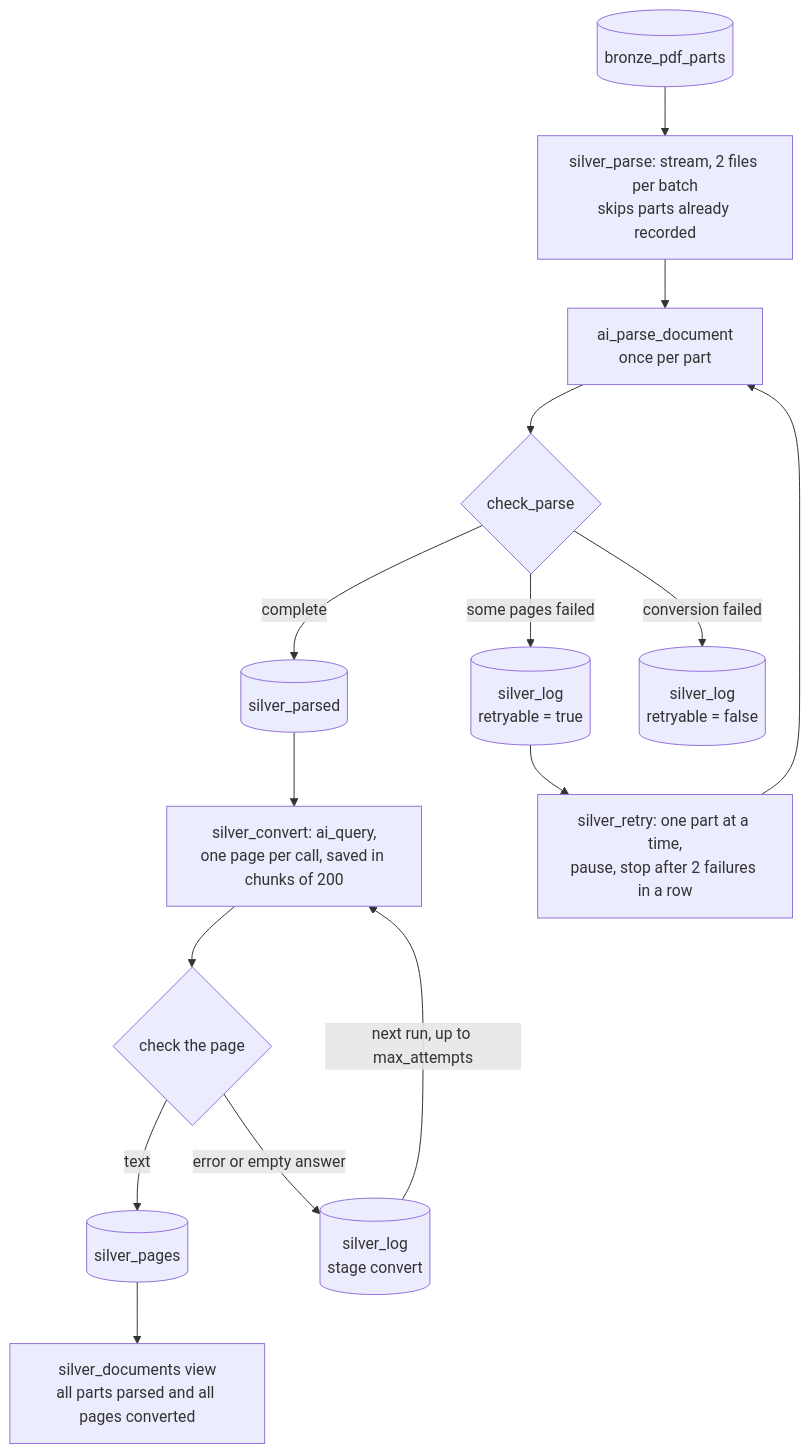
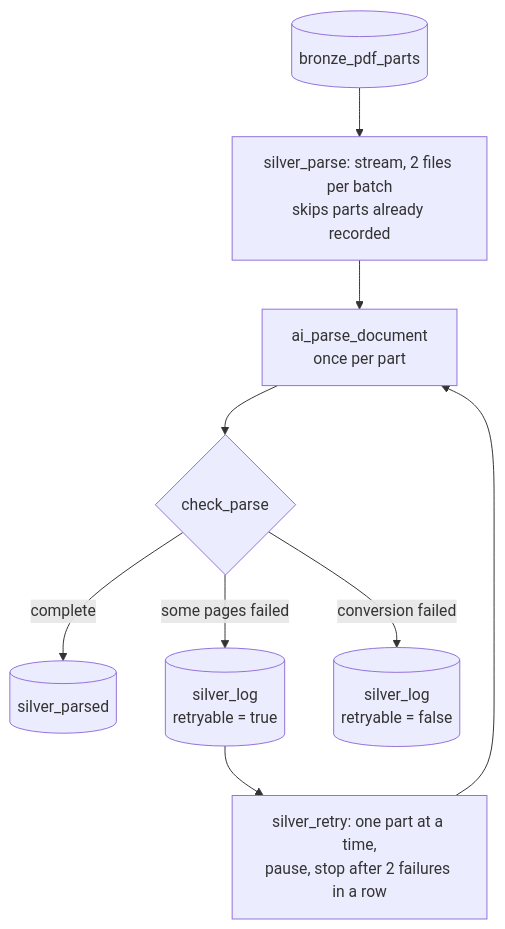
Before and after one commit to SuddhaswattaMaityUK/dbx-finance-bench-rag: the first of 2 diagrams in doc/medallion/silver/silver.md, drawn with Mermaid. The commit also changed other lines of this file and 12 other files, not shown here.

First line of the commit message:
Silver: remove the Markdown conversion (silver_convert, silver_pages, silver_documents)

````diff
--- a/doc/medallion/silver/silver.md
+++ b/doc/medallion/silver/silver.md
@@ -9,17 +9,11 @@
 ```mermaid
 flowchart TD
     P[("bronze_pdf_parts")] --> S["silver_parse: stream, 2 files per batch<br/>skips parts already recorded"]
     S --> A["ai_parse_document<br/>once per part"]
     A --> C{"check_parse"}
     C -- "complete" --> PA[("silver_parsed")]
     C -- "some pages failed" --> L1[("silver_log<br/>retryable = true")]
     C -- "conversion failed" --> L0[("silver_log<br/>retryable = false")]
     L1 --> R["silver_retry: one part at a time,<br/>pause, stop after 2 failures in a row"]
     R --> A
-    PA --> Q["silver_convert: ai_query,<br/>one page per call, saved in chunks of 200"]
-    Q --> K{"check the page"}
-    K -- "text" --> PG[("silver_pages")]
-    K -- "error or empty answer" --> L3[("silver_log<br/>stage convert")]
-    L3 -->|"next run, up to max_attempts"| Q
-    PG --> V["silver_documents view<br/>all parts parsed and all pages converted"]
 ```
````
